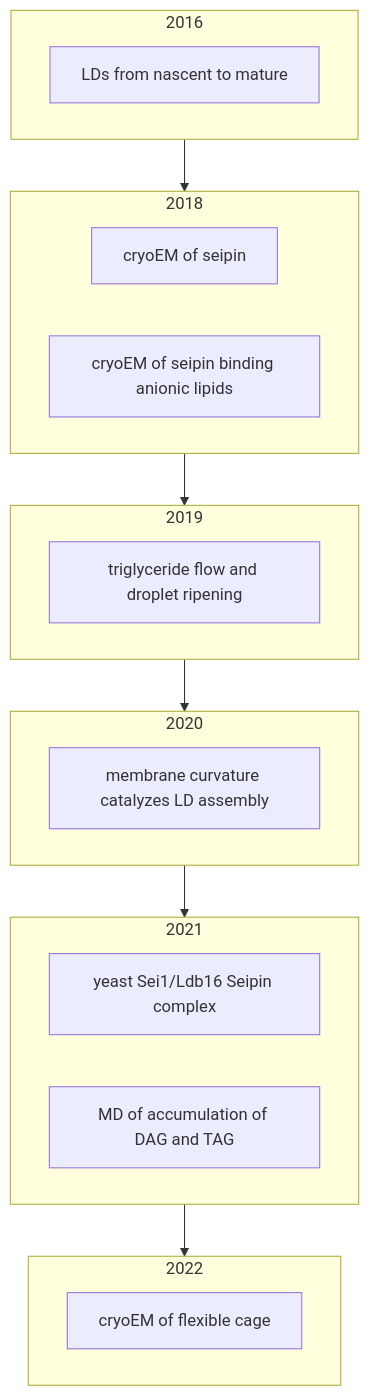
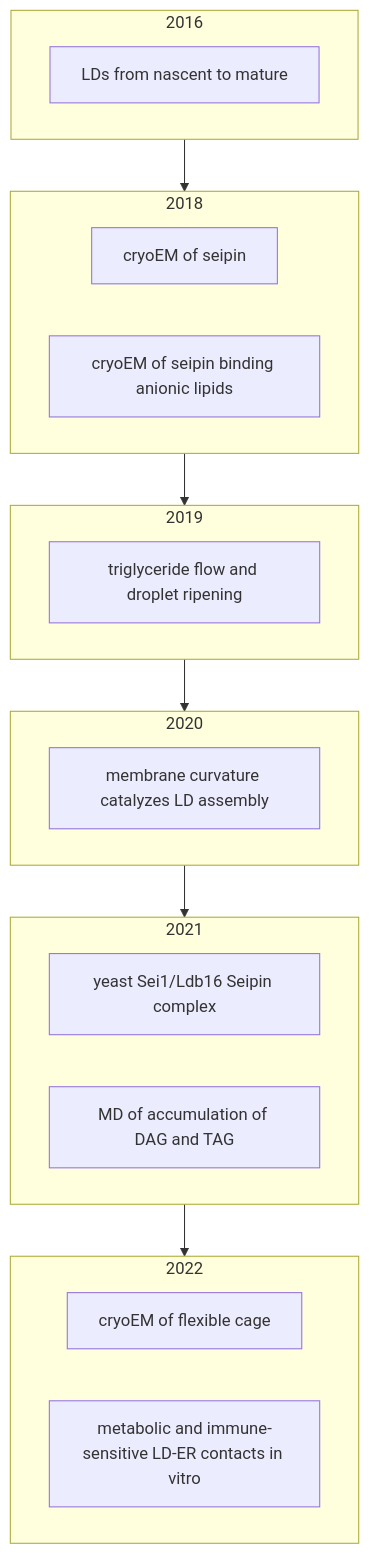
The first of 10 diagrams in source/resources/mindmap/seipin.md (psichen/psichen.github.io), drawn with Mermaid before and after one commit. The commit also changed other lines of this file, not shown here.

````diff
--- a/source/resources/mindmap/seipin.md
+++ b/source/resources/mindmap/seipin.md
@@ -25,49 +27,52 @@
 ```mermaid
 flowchart TB
 
 2016_nascent_mature["LDs from nascent to mature"]
 2018_cryoEM_JCB["cryoEM of seipin"]
 2018_anionic["cryoEM of seipin binding anionic lipids"]
 2019_triglyceride["triglyceride flow and droplet ripening"]
 2020_curvature["membrane curvature catalyzes LD assembly"]
 2021_Sei1["yeast Sei1/Ldb16 Seipin complex"]
 2021_accumulation_MD["MD of accumulation of DAG and TAG"]
 2022_cage["cryoEM of flexible cage"]
+2022_LDER_contact["metabolic and immune-sensitive LD-ER contacts in vitro"]
 
 click 2016_nascent_mature href "./seipin#nascent_mature" _self
 click 2018_cryoEM_JCB href "./seipin#cryoem_jcb" _self
 click 2018_anionic href "./seipin#anionic" _self
 click 2019_triglyceride href "./seipin#triglyceride" _self
 click 2020_curvature href "./seipin#curvature" _self
 click 2021_Sei1 href "./seipin#sei1" _self
 click 2021_accumulation_MD "./seipin#accumulation_md" _self
 click 2022_cage href "./seipin#cage" _self
+click 2022_LDER_contact href "./seipin#lder_contact" _self
 
 subgraph 2016
         2016_nascent_mature
 end
 
 subgraph 2018
         2018_cryoEM_JCB
         2018_anionic
 end
 
 subgraph 2019
         2019_triglyceride
 end
 
 subgraph 2020
         2020_curvature
 end
 
 subgraph 2021
         2021_Sei1
         2021_accumulation_MD
 end
 
 subgraph 2022
         2022_cage
+        2022_LDER_contact
 end
 
 2016 --> 2018 --> 2019 --> 2020 --> 2021 --> 2022
 ```
````
